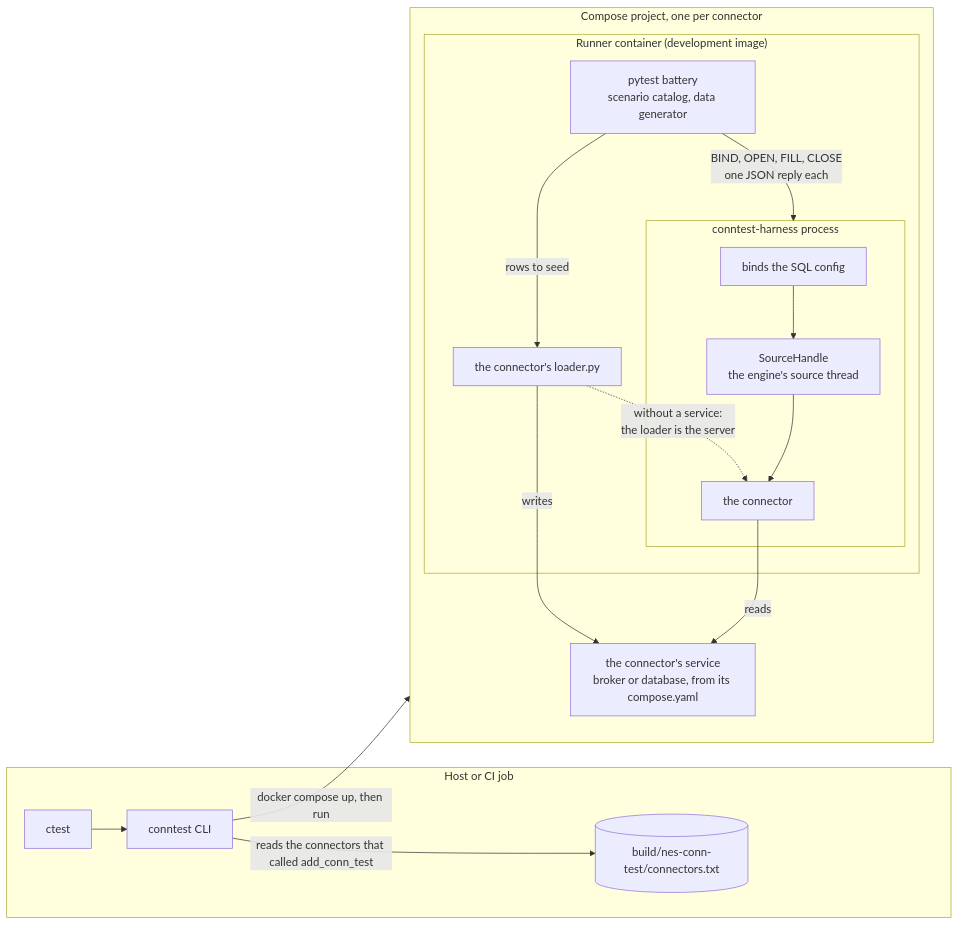
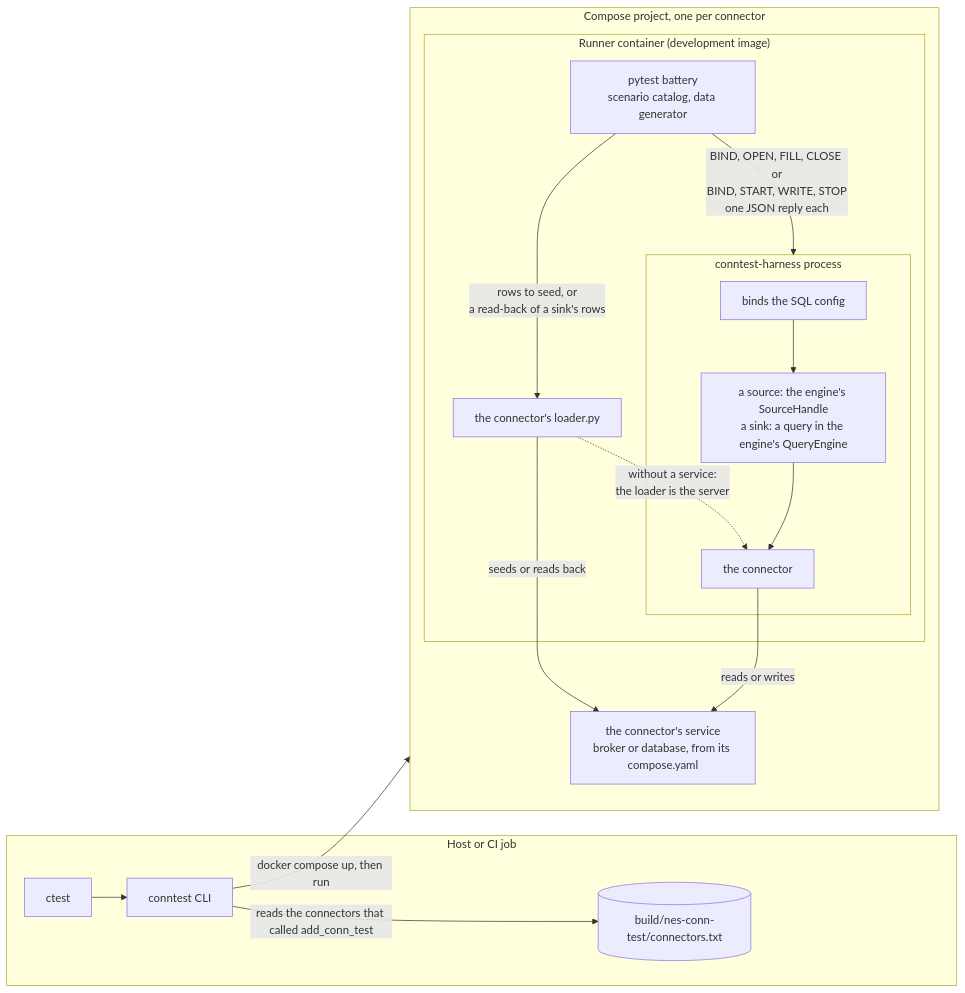
One commit to nebulastream/nebulastream changed the diagram in nes-conn-test/Architecture.md. Above: the diagram before and after it, drawn with Mermaid. The commit also changed other lines of this file and 35 other files, not shown here.

````diff
--- a/nes-conn-test/Architecture.md
+++ b/nes-conn-test/Architecture.md
@@ -3,29 +3,29 @@
 ```mermaid
 flowchart LR
     subgraph host["Host or CI job"]
         ctest["ctest"] --> cli["conntest CLI"]
         registry[("build/nes-conn-test/connectors.txt")]
     end
 
     subgraph project["Compose project, one per connector"]
         subgraph runner["Runner container (development image)"]
             pytest["pytest battery<br/>scenario catalog, data generator"]
             loader["the connector's loader.py"]
             subgraph harness["conntest-harness process"]
                 binder["binds the SQL config"]
-                handle["SourceHandle<br/>the engine's source thread"]
+                handle["a source: the engine's SourceHandle<br/>a sink: a query in the engine's QueryEngine"]
                 connector["the connector"]
             end
         end
         service["the connector's service<br/>broker or database, from its compose.yaml"]
     end
 
     cli -- "reads the connectors that called add_conn_test" --> registry
     cli -- "docker compose up, then run" --> project
-    pytest -- "BIND, OPEN, FILL, CLOSE<br/>one JSON reply each" --> harness
-    pytest -- "rows to seed" --> loader
-    loader -- "writes" --> service
-    connector -- "reads" --> service
+    pytest -- "BIND, OPEN, FILL, CLOSE or<br/>BIND, START, WRITE, STOP<br/>one JSON reply each" --> harness
+    pytest -- "rows to seed, or<br/>a read-back of a sink's rows" --> loader
+    loader -- "seeds or reads back" --> service
+    connector -- "reads or writes" --> service
     loader -. "without a service:<br/>the loader is the server" .-> connector
     binder --> handle --> connector
 ```
````
